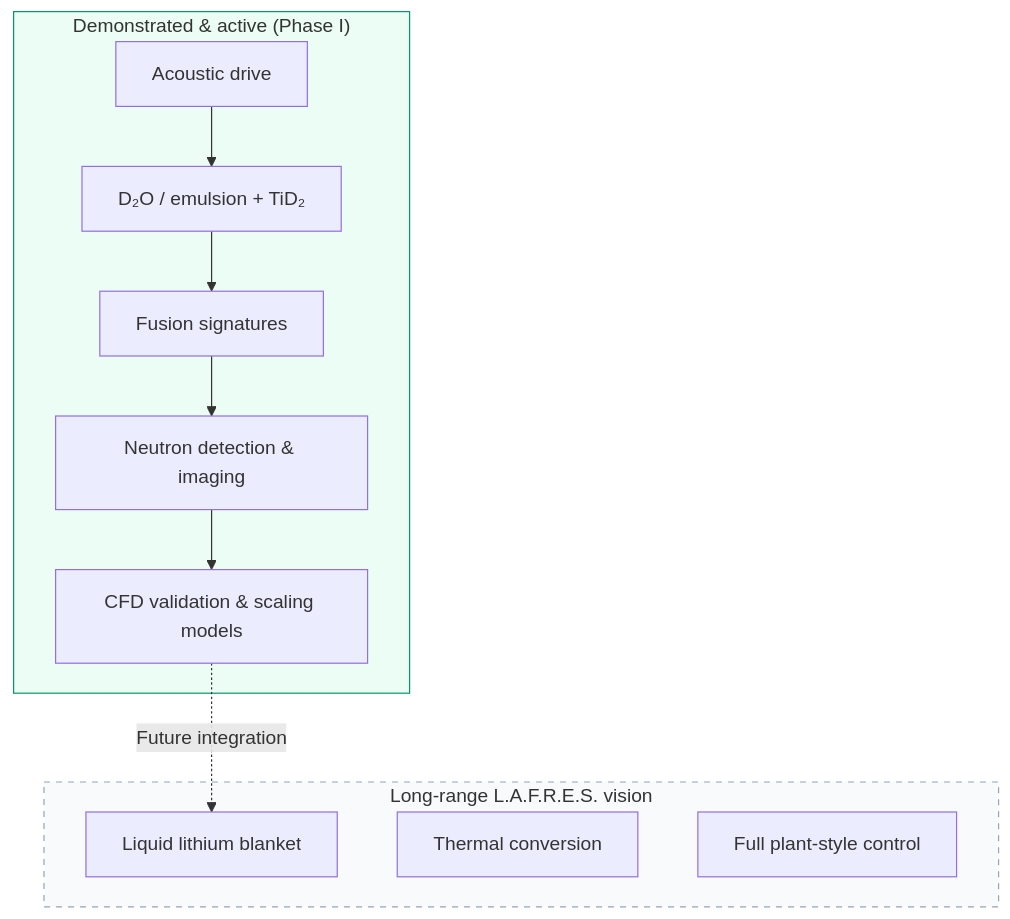
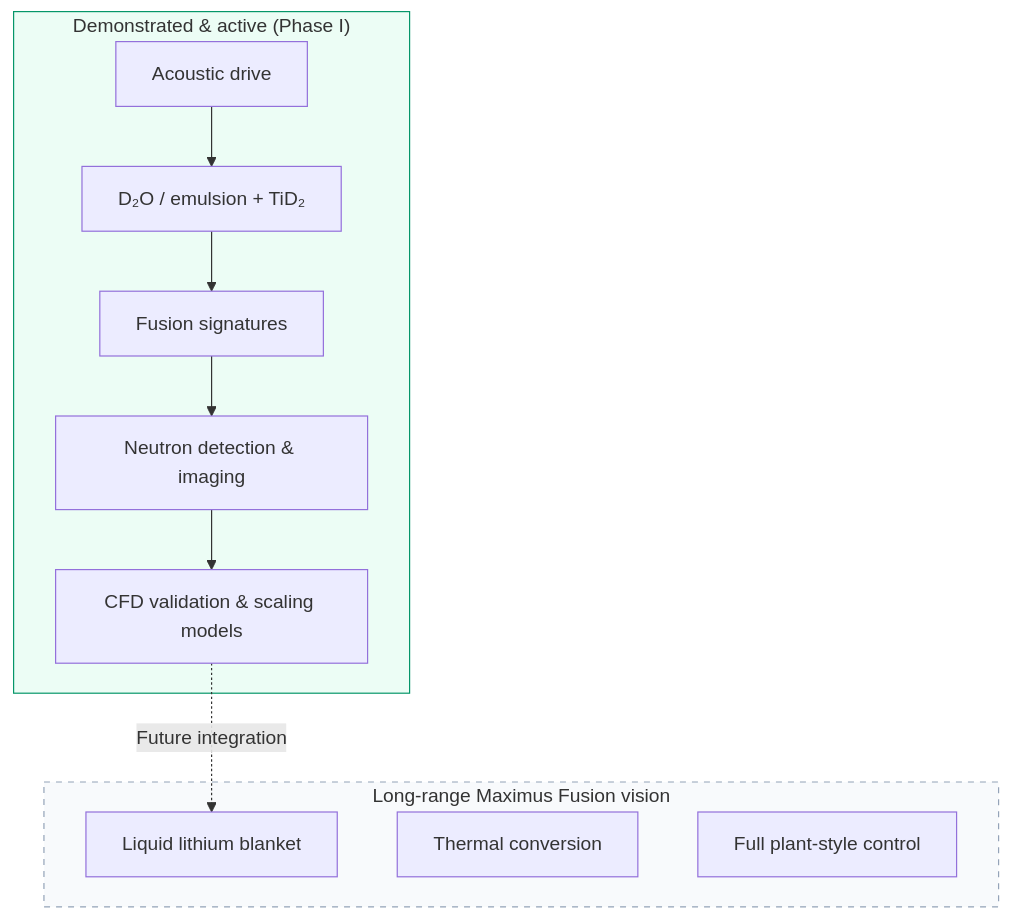
Before and after one commit to szemkoff/LAFRES: the first of 4 diagrams in website/docs/diagrams.md, drawn with Mermaid. The commit also changed other lines of this file and 97 other files, not shown here.

First line of the commit message:
Rebrand public program name to Maximus Fusion; keep L.A.F.R.E.S. as technical designation

````diff
--- a/website/docs/diagrams.md
+++ b/website/docs/diagrams.md
@@ -29,17 +29,17 @@
 ```mermaid
 flowchart TB
   subgraph today["Demonstrated & active (Phase I)"]
     A[Acoustic drive] --> B[D₂O / emulsion + TiD₂]
     B --> C[Fusion signatures]
     C --> D[Neutron detection & imaging]
     D --> E[CFD validation & scaling models]
   end
-  subgraph vision["Long-range L.A.F.R.E.S. vision"]
+  subgraph vision["Long-range Maximus Fusion vision"]
     F[Liquid lithium blanket]
     G[Thermal conversion]
     H[Full plant-style control]
   end
   E -.->|Future integration| F
   style today fill:#ecfdf5,stroke:#059669
   style vision fill:#f8fafc,stroke:#94a3b8,stroke-dasharray: 5 5
 ```
````
